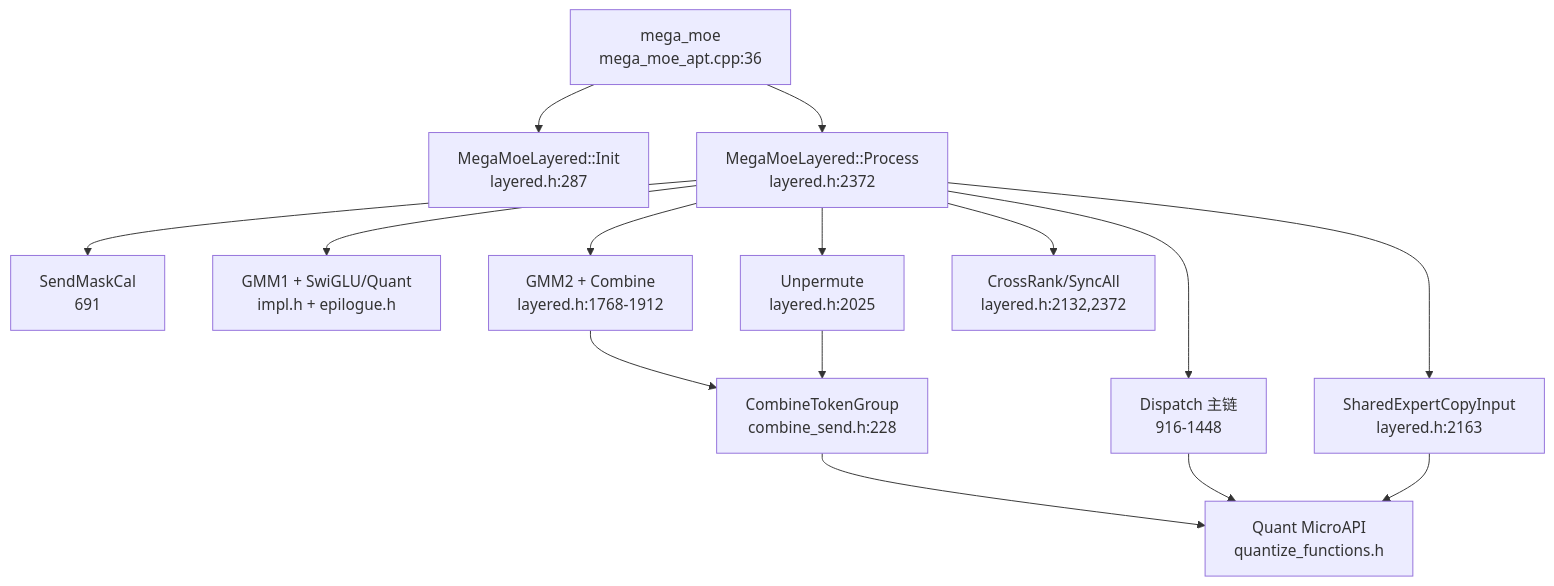
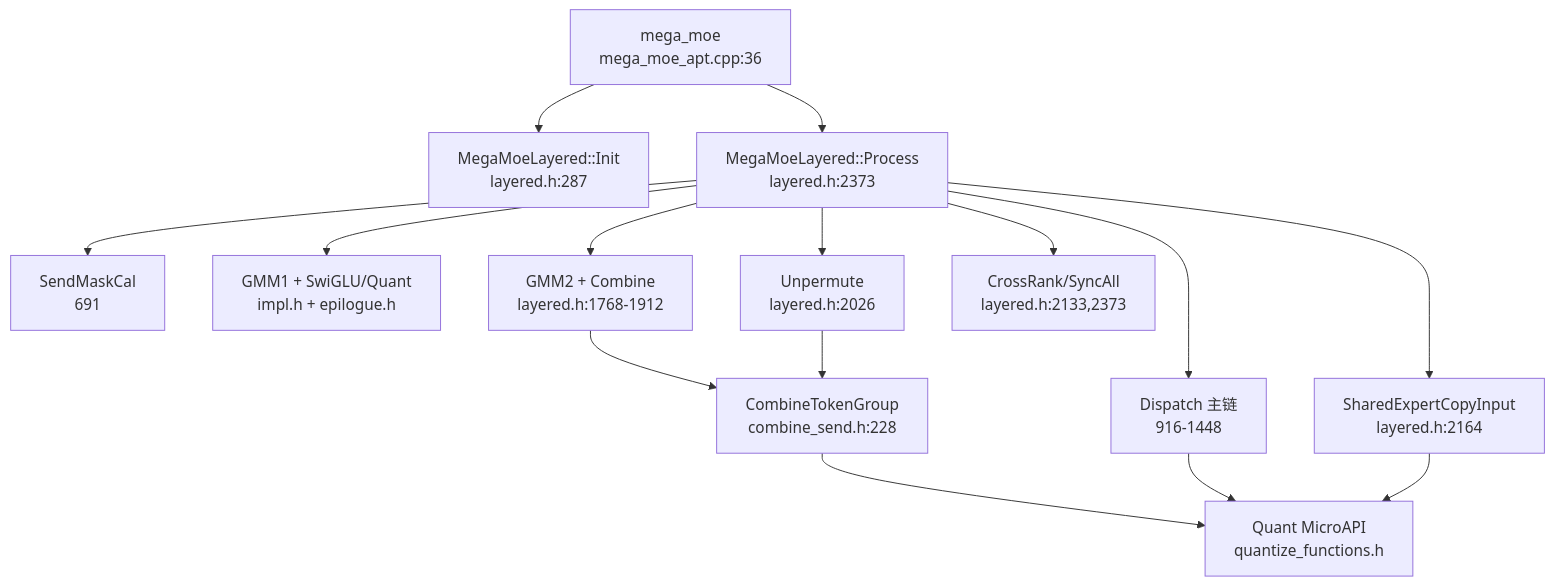
One commit to ChunnX/ops-transformer changed the first of 3 diagrams in mc2/mega_moe/op_kernel/arch35/mega_moe_layered_sync_audit.md. Above: the diagram before and after it, drawn with Mermaid. The commit also changed other lines of this file and 3 other files, not shown here.

````diff
--- a/mc2/mega_moe/op_kernel/arch35/mega_moe_layered_sync_audit.md
+++ b/mc2/mega_moe/op_kernel/arch35/mega_moe_layered_sync_audit.md
@@ -41,30 +43,30 @@
 ```mermaid
 flowchart TD
     K["mega_moe<br/>mega_moe_apt.cpp:36"]
     I["MegaMoeLayered::Init<br/>layered.h:287"]
-    P["MegaMoeLayered::Process<br/>layered.h:2372"]
+    P["MegaMoeLayered::Process<br/>layered.h:2373"]
     SMC["SendMaskCal<br/>691"]
     D["Dispatch 主链<br/>916-1448"]
     G1["GMM1 + SwiGLU/Quant<br/>impl.h + epilogue.h"]
     G2["GMM2 + Combine<br/>layered.h:1768-1912"]
     C["CombineTokenGroup<br/>combine_send.h:228"]
     Q["Quant MicroAPI<br/>quantize_functions.h"]
-    U["Unpermute<br/>layered.h:2025"]
-    SH["SharedExpertCopyInput<br/>layered.h:2163"]
-    SY["CrossRank/SyncAll<br/>layered.h:2132,2372"]
+    U["Unpermute<br/>layered.h:2026"]
+    SH["SharedExpertCopyInput<br/>layered.h:2164"]
+    SY["CrossRank/SyncAll<br/>layered.h:2133,2373"]
 
     K --> I
     K --> P
     P --> SMC
     P --> D
     P --> G1
     P --> G2
     G2 --> C
     C --> Q
     D --> Q
     P --> SH
     SH --> Q
     P --> U
     U --> C
     P --> SY
 ```
````
